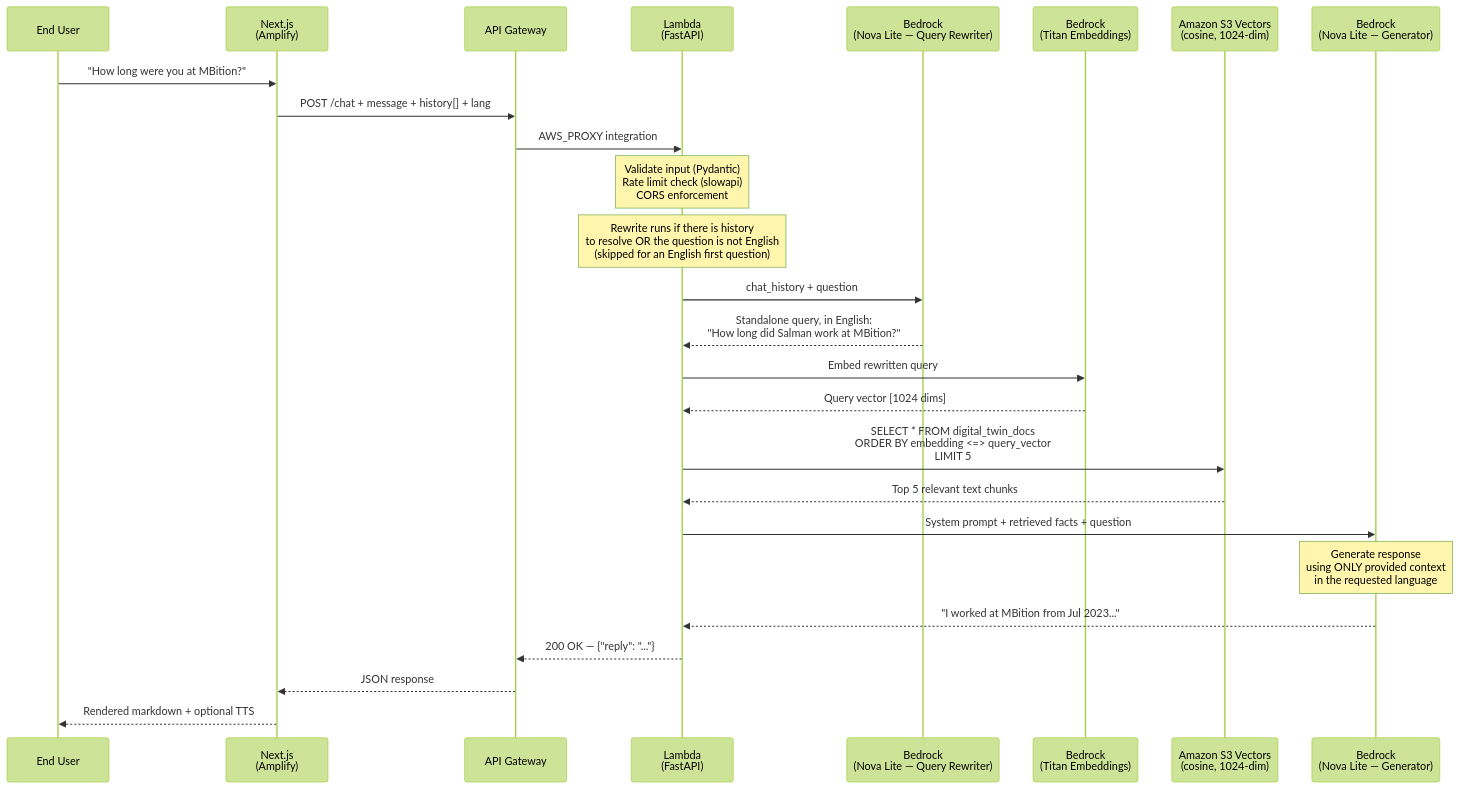
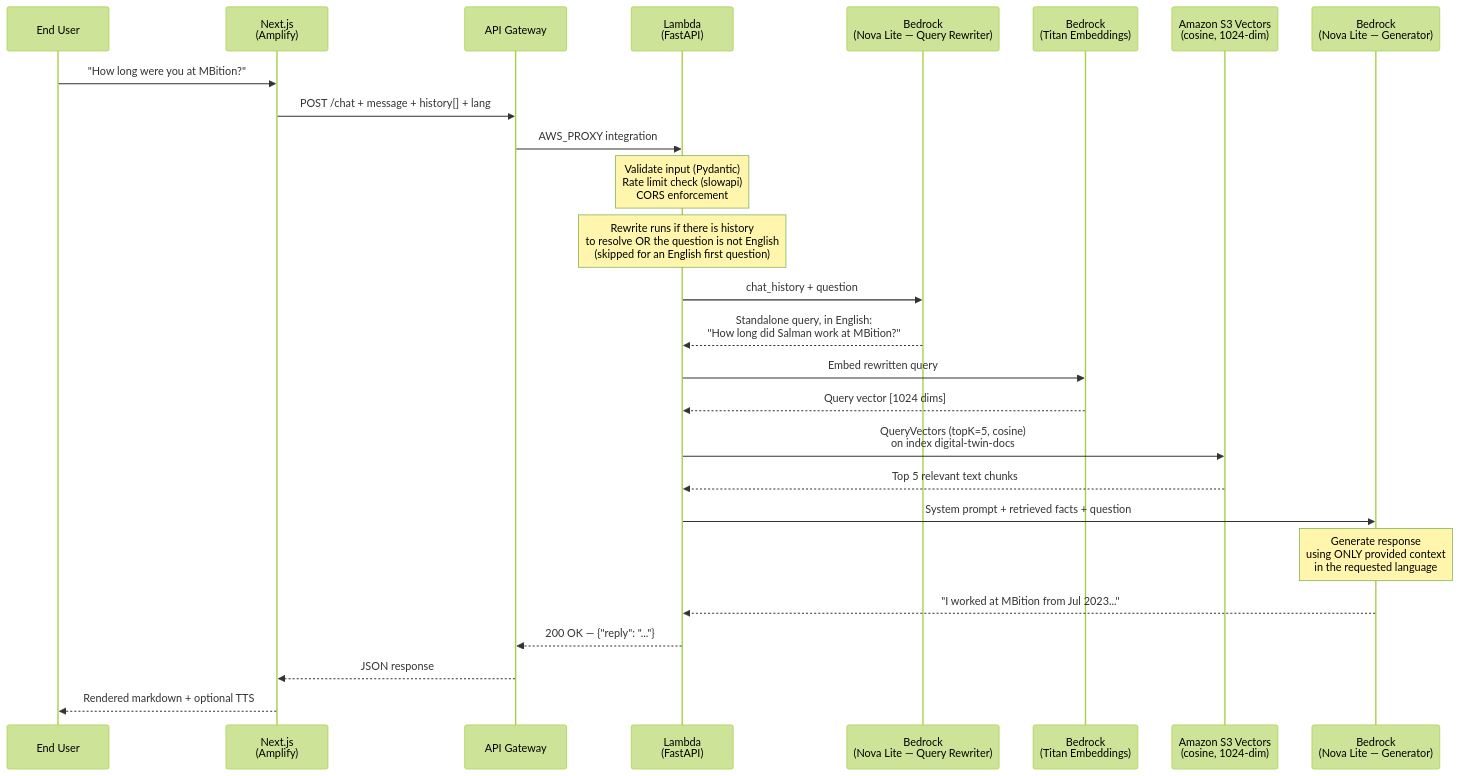
The second of 2 diagrams in README.md (msalmansaeedch786/digital-twin), drawn with Mermaid (forest theme) before and after one commit. The commit also changed other lines of this file and 13 other files, not shown here.

````diff
--- a/README.md
+++ b/README.md
@@ -126,36 +126,36 @@
 ```mermaid
 sequenceDiagram
     participant User as End User
     participant FE as Next.js<br/>(Amplify)
     participant GW as API Gateway
     participant LB as Lambda<br/>(FastAPI)
     participant LLM1 as Bedrock<br/>(Nova Lite — Query Rewriter)
     participant EMB as Bedrock<br/>(Titan Embeddings)
     participant DB as Amazon S3 Vectors<br/>(cosine, 1024-dim)
     participant LLM2 as Bedrock<br/>(Nova Lite — Generator)
 
     User->>FE: "How long were you at MBition?"
     FE->>GW: POST /chat + message + history[] + lang
     GW->>LB: AWS_PROXY integration
 
     Note over LB: Validate input (Pydantic)<br/>Rate limit check (slowapi)<br/>CORS enforcement
 
     Note over LB: Rewrite runs if there is history<br/>to resolve OR the question is not English<br/>(skipped for an English first question)
 
     LB->>LLM1: chat_history + question
     LLM1-->>LB: Standalone query, in English:<br/>"How long did Salman work at MBition?"
 
     LB->>EMB: Embed rewritten query
     EMB-->>LB: Query vector [1024 dims]
 
-    LB->>DB: SELECT * FROM digital_twin_docs<br/>ORDER BY embedding <=> query_vector<br/>LIMIT 5
+    LB->>DB: QueryVectors (topK=5, cosine)<br/>on index digital-twin-docs
     DB-->>LB: Top 5 relevant text chunks
 
     LB->>LLM2: System prompt + retrieved facts + question
     Note over LLM2: Generate response<br/>using ONLY provided context<br/>in the requested language
 
     LLM2-->>LB: "I worked at MBition from Jul 2023..."
     LB-->>GW: 200 OK — {"reply": "..."}
     GW-->>FE: JSON response
     FE-->>User: Rendered markdown + optional TTS
 ```
````
